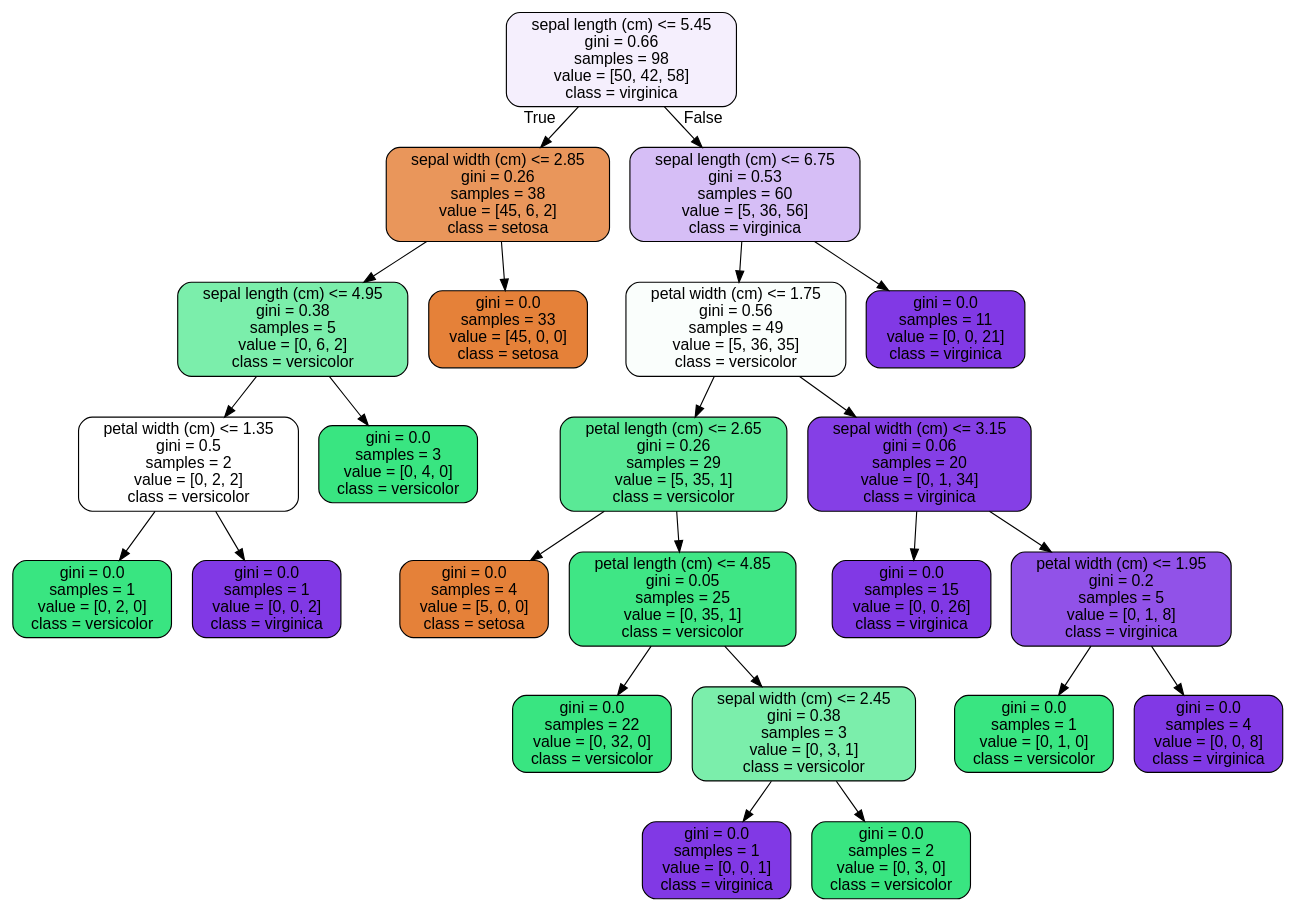
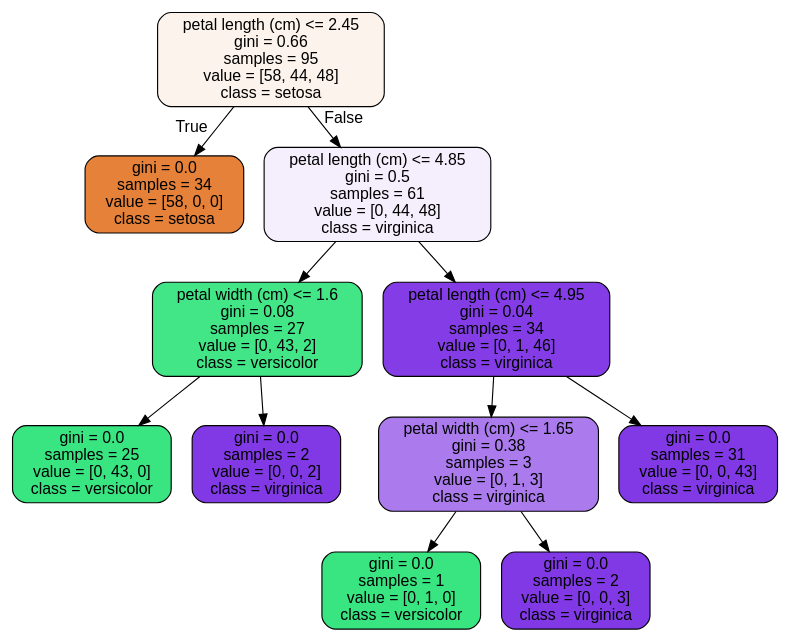
One commit to sabheen9/RandomForest_Covid_Case_Study changed the diagram in RandomForest Covid Case Study_06302020/tree.dot. Above: the diagram before and after it, drawn with Graphviz. The commit also changed 2 other files, not shown here.

```diff
--- a/RandomForest Covid Case Study_06302020/tree.dot
+++ b/RandomForest Covid Case Study_06302020/tree.dot
@@ -1,49 +1,25 @@
 digraph Tree {
 node [shape=box, style="filled, rounded", color="black", fontname="helvetica"] ;
 edge [fontname="helvetica"] ;
-0 [label="sepal length (cm) <= 5.45\ngini = 0.66\nsamples = 98\nvalue = [50, 42, 58]\nclass = virginica", fillcolor="#f5effd"] ;
-1 [label="sepal width (cm) <= 2.85\ngini = 0.26\nsamples = 38\nvalue = [45, 6, 2]\nclass = setosa", fillcolor="#e9965b"] ;
+0 [label="petal length (cm) <= 2.45\ngini = 0.66\nsamples = 95\nvalue = [58, 44, 48]\nclass = setosa", fillcolor="#fcf3ec"] ;
+1 [label="gini = 0.0\nsamples = 34\nvalue = [58, 0, 0]\nclass = setosa", fillcolor="#e58139"] ;
 0 -> 1 [labeldistance=2.5, labelangle=45, headlabel="True"] ;
-2 [label="sepal length (cm) <= 4.95\ngini = 0.38\nsamples = 5\nvalue = [0, 6, 2]\nclass = versicolor", fillcolor="#7beeab"] ;
-1 -> 2 ;
-3 [label="petal width (cm) <= 1.35\ngini = 0.5\nsamples = 2\nvalue = [0, 2, 2]\nclass = versicolor", fillcolor="#ffffff"] ;
+2 [label="petal length (cm) <= 4.85\ngini = 0.5\nsamples = 61\nvalue = [0, 44, 48]\nclass = virginica", fillcolor="#f5effd"] ;
+0 -> 2 [labeldistance=2.5, labelangle=-45, headlabel="False"] ;
+3 [label="petal width (cm) <= 1.6\ngini = 0.08\nsamples = 27\nvalue = [0, 43, 2]\nclass = versicolor", fillcolor="#42e687"] ;
 2 -> 3 ;
-4 [label="gini = 0.0\nsamples = 1\nvalue = [0, 2, 0]\nclass = versicolor", fillcolor="#39e581"] ;
+4 [label="gini = 0.0\nsamples = 25\nvalue = [0, 43, 0]\nclass = versicolor", fillcolor="#39e581"] ;
 3 -> 4 ;
-5 [label="gini = 0.0\nsamples = 1\nvalue = [0, 0, 2]\nclass = virginica", fillcolor="#8139e5"] ;
+5 [label="gini = 0.0\nsamples = 2\nvalue = [0, 0, 2]\nclass = virginica", fillcolor="#8139e5"] ;
 3 -> 5 ;
-6 [label="gini = 0.0\nsamples = 3\nvalue = [0, 4, 0]\nclass = versicolor", fillcolor="#39e581"] ;
+6 [label="petal length (cm) <= 4.95\ngini = 0.04\nsamples = 34\nvalue = [0, 1, 46]\nclass = virginica", fillcolor="#843de6"] ;
 2 -> 6 ;
-7 [label="gini = 0.0\nsamples = 33\nvalue = [45, 0, 0]\nclass = setosa", fillcolor="#e58139"] ;
-1 -> 7 ;
-8 [label="sepal length (cm) <= 6.75\ngini = 0.53\nsamples = 60\nvalue = [5, 36, 56]\nclass = virginica", fillcolor="#d6bef6"] ;
-0 -> 8 [labeldistance=2.5, labelangle=-45, headlabel="False"] ;
-9 [label="petal width (cm) <= 1.75\ngini = 0.56\nsamples = 49\nvalue = [5, 36, 35]\nclass = versicolor", fillcolor="#fafefc"] ;
-8 -> 9 ;
-10 [label="petal length (cm) <= 2.65\ngini = 0.26\nsamples = 29\nvalue = [5, 35, 1]\nclass = versicolor", fillcolor="#5ae996"] ;
-9 -> 10 ;
-11 [label="gini = 0.0\nsamples = 4\nvalue = [5, 0, 0]\nclass = setosa", fillcolor="#e58139"] ;
-10 -> 11 ;
-12 [label="petal length (cm) <= 4.85\ngini = 0.05\nsamples = 25\nvalue = [0, 35, 1]\nclass = versicolor", fillcolor="#3fe685"] ;
-10 -> 12 ;
-13 [label="gini = 0.0\nsamples = 22\nvalue = [0, 32, 0]\nclass = versicolor", fillcolor="#39e581"] ;
-12 -> 13 ;
-14 [label="sepal width (cm) <= 2.45\ngini = 0.38\nsamples = 3\nvalue = [0, 3, 1]\nclass = versicolor", fillcolor="#7beeab"] ;
-12 -> 14 ;
-15 [label="gini = 0.0\nsamples = 1\nvalue = [0, 0, 1]\nclass = virginica", fillcolor="#8139e5"] ;
-14 -> 15 ;
-16 [label="gini = 0.0\nsamples = 2\nvalue = [0, 3, 0]\nclass = versicolor", fillcolor="#39e581"] ;
-14 -> 16 ;
-17 [label="sepal width (cm) <= 3.15\ngini = 0.06\nsamples = 20\nvalue = [0, 1, 34]\nclass = virginica", fillcolor="#853fe6"] ;
-9 -> 17 ;
-18 [label="gini = 0.0\nsamples = 15\nvalue = [0, 0, 26]\nclass = virginica", fillcolor="#8139e5"] ;
-17 -> 18 ;
-19 [label="petal width (cm) <= 1.95\ngini = 0.2\nsamples = 5\nvalue = [0, 1, 8]\nclass = virginica", fillcolor="#9152e8"] ;
-17 -> 19 ;
-20 [label="gini = 0.0\nsamples = 1\nvalue = [0, 1, 0]\nclass = versicolor", fillcolor="#39e581"] ;
-19 -> 20 ;
-21 [label="gini = 0.0\nsamples = 4\nvalue = [0, 0, 8]\nclass = virginica", fillcolor="#8139e5"] ;
-19 -> 21 ;
-22 [label="gini = 0.0\nsamples = 11\nvalue = [0, 0, 21]\nclass = virginica", fillcolor="#8139e5"] ;
-8 -> 22 ;
+7 [label="petal width (cm) <= 1.65\ngini = 0.38\nsamples = 3\nvalue = [0, 1, 3]\nclass = virginica", fillcolor="#ab7bee"] ;
+6 -> 7 ;
+8 [label="gini = 0.0\nsamples = 1\nvalue = [0, 1, 0]\nclass = versicolor", fillcolor="#39e581"] ;
+7 -> 8 ;
+9 [label="gini = 0.0\nsamples = 2\nvalue = [0, 0, 3]\nclass = virginica", fillcolor="#8139e5"] ;
+7 -> 9 ;
+10 [label="gini = 0.0\nsamples = 31\nvalue = [0, 0, 43]\nclass = virginica", fillcolor="#8139e5"] ;
+6 -> 10 ;
 }
```
